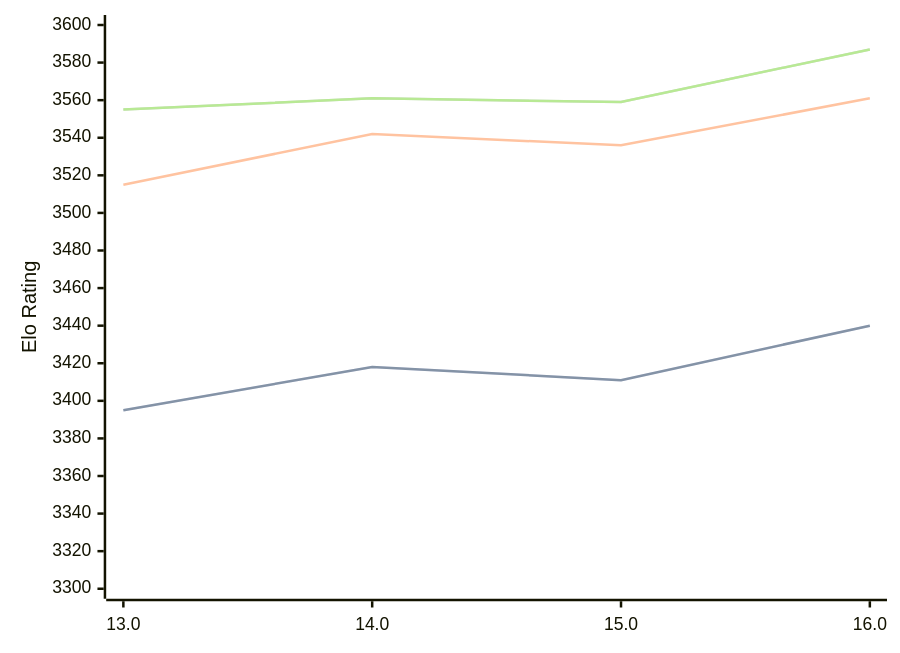
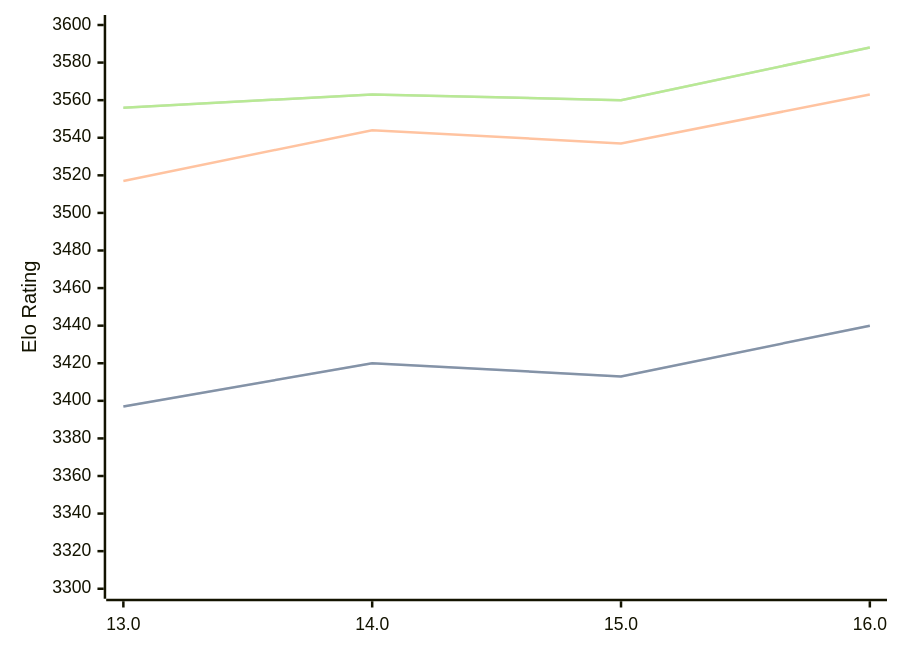
One commit to computer-chess-index/cci changed the diagram in engines/Obsidian.md. Above: the diagram before and after it, drawn with Mermaid. The commit also changed other lines of this file, not shown here.

Commit message:
Update CCI Ratings (ELO VLTC) - 2026-09-08

````diff
--- a/engines/Obsidian.md
+++ b/engines/Obsidian.md
@@ -34,11 +34,11 @@
 ```mermaid
 %%{init: {"theme":"base","themeVariables":{"seriesColors:['#a3a3a3','#222221','#faa371']}}}%%
 xychart-beta
   x-axis ["13.0", "14.0", "15.0", "16.0"]
   y-axis "Elo Rating" 3300 --> 3600
-  line "" [3395, 3418, 3411, 3440]
-  line "STC (8.0+0.08s)" [3395, 3418, 3411, 3440]
-  line "LTC (60.0+0.60s)" [3515, 3542, 3536, 3561]
-  line "" [3555, 3561, 3559, 3587]
-  line "VLTC (2m24s+1.12s)" [3555, 3561, 3559, 3587]
+  line "" [3397, 3420, 3413, 3440]
+  line "STC (8.0+0.08s)" [3397, 3420, 3413, 3440]
+  line "LTC (60.0+0.60s)" [3517, 3544, 3537, 3563]
+  line "" [3556, 3563, 3560, 3588]
+  line "VLTC (2m24s+1.12s)" [3556, 3563, 3560, 3588]
 ```
````
